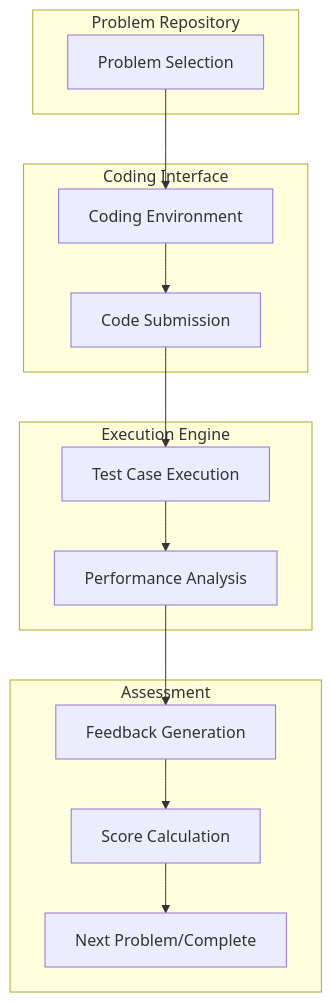
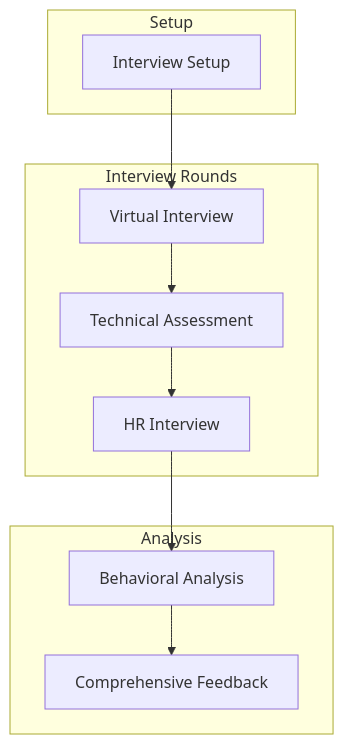
Before and after one commit to MaheshSharan/AI-Powered-Interview-Preparation-System-AIPS-: the fourth of 6 diagrams in AIPS_Todo_List.md, drawn with Mermaid. The commit also changed other lines of this file and 10 other files, not shown here.

````diff
--- a/AIPS_Todo_List.md
+++ b/AIPS_Todo_List.md
@@ -186,30 +221,23 @@
 ```mermaid
 graph TD
-    A[Problem Selection] --> B[Coding Environment]
-    B --> C[Code Submission]
-    C --> D[Test Case Execution]
-    D --> E[Performance Analysis]
-    E --> F[Feedback Generation]
-    F --> G[Score Calculation]
-    G --> H[Next Problem/Complete]
+    A[Interview Setup] --> B[Virtual Interview]
+    B --> C[Technical Assessment]
+    C --> D[HR Interview]
+    D --> E[Behavioral Analysis]
+    E --> F[Comprehensive Feedback]
     
-    subgraph Problem Repository
+    subgraph Setup
     A
     end
     
-    subgraph Coding Interface
+    subgraph Interview Rounds
     B
     C
+    D
     end
     
-    subgraph Execution Engine
-    D
+    subgraph Analysis
     E
-    end
-    
-    subgraph Assessment
     F
-    G
-    H
     end
 ```
````
